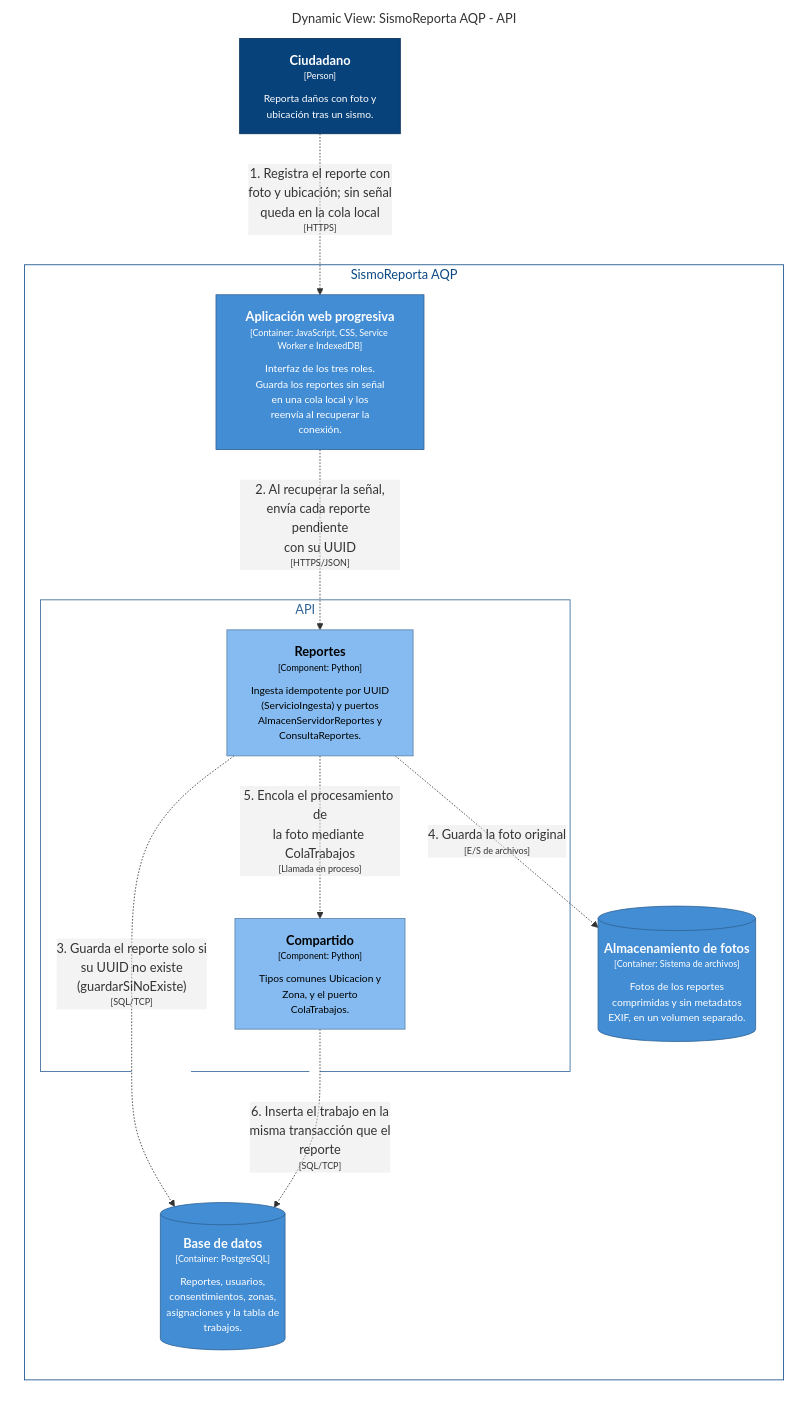
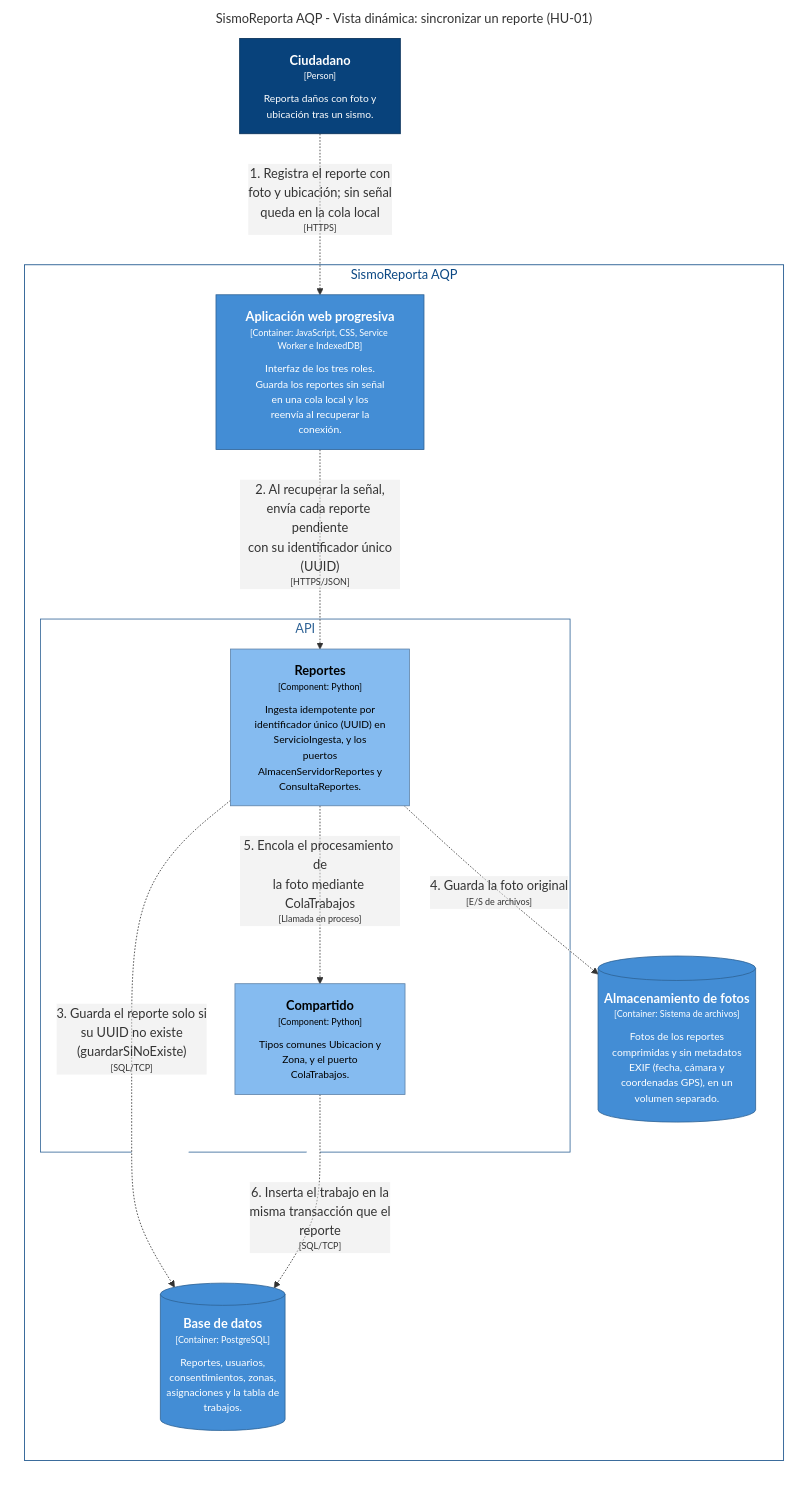
Before and after one commit to DavidOliva06/cs-2026b-lab04-grupo06: the diagram in docs/architecture/c4/export/structurizr-SincronizarReporte.mmd, drawn with Mermaid. The commit also changed 22 other files, not shown here.

```diff
--- a/docs/architecture/c4/export/structurizr-SincronizarReporte.mmd
+++ b/docs/architecture/c4/export/structurizr-SincronizarReporte.mmd
@@ -1,46 +1,46 @@
 graph LR
   linkStyle default fill:#ffffff
 
-  subgraph diagram ["Dynamic View: SismoReporta AQP - API"]
+  subgraph diagram ["SismoReporta AQP - Vista dinámica: sincronizar un reporte (HU-01)"]
     style diagram fill:#ffffff,stroke:#ffffff
 
     1["<div style='font-weight: bold'>Ciudadano</div><div style='font-size: 70%; margin-top: 0px'>[Person]</div><div style='font-size: 80%; margin-top:10px'>Reporta daños con foto y<br />ubicación tras un sismo.</div>"]
     style 1 fill:#08427b,stroke:#052e56,color:#ffffff
 
     subgraph 4 ["SismoReporta AQP"]
       style 4 fill:#ffffff,stroke:#0b4884,color:#0b4884
 
       subgraph 6 ["API"]
         style 6 fill:#ffffff,stroke:#2e6295,color:#2e6295
 
         7["<div style='font-weight: bold'>Compartido</div><div style='font-size: 70%; margin-top: 0px'>[Component: Python]</div><div style='font-size: 80%; margin-top:10px'>Tipos comunes Ubicacion y<br />Zona, y el puerto<br />ColaTrabajos.</div>"]
         style 7 fill:#85bbf0,stroke:#5d82a8,color:#000000
-        8["<div style='font-weight: bold'>Reportes</div><div style='font-size: 70%; margin-top: 0px'>[Component: Python]</div><div style='font-size: 80%; margin-top:10px'>Ingesta idempotente por UUID<br />(ServicioIngesta) y puertos<br />AlmacenServidorReportes y<br />ConsultaReportes.</div>"]
+        8["<div style='font-weight: bold'>Reportes</div><div style='font-size: 70%; margin-top: 0px'>[Component: Python]</div><div style='font-size: 80%; margin-top:10px'>Ingesta idempotente por<br />identificador único (UUID) en<br />ServicioIngesta, y los<br />puertos<br />AlmacenServidorReportes y<br />ConsultaReportes.</div>"]
         style 8 fill:#85bbf0,stroke:#5d82a8,color:#000000
       end
 
       13[("<div style='font-weight: bold'>Base de datos</div><div style='font-size: 70%; margin-top: 0px'>[Container: PostgreSQL]</div><div style='font-size: 80%; margin-top:10px'>Reportes, usuarios,<br />consentimientos, zonas,<br />asignaciones y la tabla de<br />trabajos.</div>")]
       style 13 fill:#438dd5,stroke:#2e6295,color:#ffffff
-      14[("<div style='font-weight: bold'>Almacenamiento de fotos</div><div style='font-size: 70%; margin-top: 0px'>[Container: Sistema de archivos]</div><div style='font-size: 80%; margin-top:10px'>Fotos de los reportes<br />comprimidas y sin metadatos<br />EXIF, en un volumen separado.</div>")]
+      14[("<div style='font-weight: bold'>Almacenamiento de fotos</div><div style='font-size: 70%; margin-top: 0px'>[Container: Sistema de archivos]</div><div style='font-size: 80%; margin-top:10px'>Fotos de los reportes<br />comprimidas y sin metadatos<br />EXIF (fecha, cámara y<br />coordenadas GPS), en un<br />volumen separado.</div>")]
       style 14 fill:#438dd5,stroke:#2e6295,color:#ffffff
       5["<div style='font-weight: bold'>Aplicación web progresiva</div><div style='font-size: 70%; margin-top: 0px'>[Container: JavaScript, CSS, Service Worker e IndexedDB]</div><div style='font-size: 80%; margin-top:10px'>Interfaz de los tres roles.<br />Guarda los reportes sin señal<br />en una cola local y los<br />reenvía al recuperar la<br />conexión.</div>"]
       style 5 fill:#438dd5,stroke:#2e6295,color:#ffffff
     end
 
     1["<div style='font-weight: bold'>Ciudadano</div><div style='font-size: 70%; margin-top: 0px'>[Person]</div><div style='font-size: 80%; margin-top:10px'>Reporta daños con foto y<br />ubicación tras un sismo.</div>"]
     style 1 fill:#08427b,stroke:#052e56,color:#ffffff
     5["<div style='font-weight: bold'>Aplicación web progresiva</div><div style='font-size: 70%; margin-top: 0px'>[Container: JavaScript, CSS, Service Worker e IndexedDB]</div><div style='font-size: 80%; margin-top:10px'>Interfaz de los tres roles.<br />Guarda los reportes sin señal<br />en una cola local y los<br />reenvía al recuperar la<br />conexión.</div>"]
     style 5 fill:#438dd5,stroke:#2e6295,color:#ffffff
     13[("<div style='font-weight: bold'>Base de datos</div><div style='font-size: 70%; margin-top: 0px'>[Container: PostgreSQL]</div><div style='font-size: 80%; margin-top:10px'>Reportes, usuarios,<br />consentimientos, zonas,<br />asignaciones y la tabla de<br />trabajos.</div>")]
     style 13 fill:#438dd5,stroke:#2e6295,color:#ffffff
-    14[("<div style='font-weight: bold'>Almacenamiento de fotos</div><div style='font-size: 70%; margin-top: 0px'>[Container: Sistema de archivos]</div><div style='font-size: 80%; margin-top:10px'>Fotos de los reportes<br />comprimidas y sin metadatos<br />EXIF, en un volumen separado.</div>")]
+    14[("<div style='font-weight: bold'>Almacenamiento de fotos</div><div style='font-size: 70%; margin-top: 0px'>[Container: Sistema de archivos]</div><div style='font-size: 80%; margin-top:10px'>Fotos de los reportes<br />comprimidas y sin metadatos<br />EXIF (fecha, cámara y<br />coordenadas GPS), en un<br />volumen separado.</div>")]
     style 14 fill:#438dd5,stroke:#2e6295,color:#ffffff
 
     1-. "<div>1. Registra el reporte con<br />foto y ubicación; sin señal<br />queda en la cola local</div><div style='font-size: 70%'>[HTTPS]</div>" .->5
-    5-. "<div>2. Al recuperar la señal,<br />envía cada reporte pendiente<br />con su UUID</div><div style='font-size: 70%'>[HTTPS/JSON]</div>" .->8
+    5-. "<div>2. Al recuperar la señal,<br />envía cada reporte pendiente<br />con su identificador único<br />(UUID)</div><div style='font-size: 70%'>[HTTPS/JSON]</div>" .->8
     8-. "<div>3. Guarda el reporte solo si<br />su UUID no existe<br />(guardarSiNoExiste)</div><div style='font-size: 70%'>[SQL/TCP]</div>" .->13
     8-. "<div>4. Guarda la foto original</div><div style='font-size: 70%'>[E/S de archivos]</div>" .->14
     8-. "<div>5. Encola el procesamiento de<br />la foto mediante ColaTrabajos</div><div style='font-size: 70%'>[Llamada en proceso]</div>" .->7
     7-. "<div>6. Inserta el trabajo en la<br />misma transacción que el<br />reporte</div><div style='font-size: 70%'>[SQL/TCP]</div>" .->13
 
   end
```
